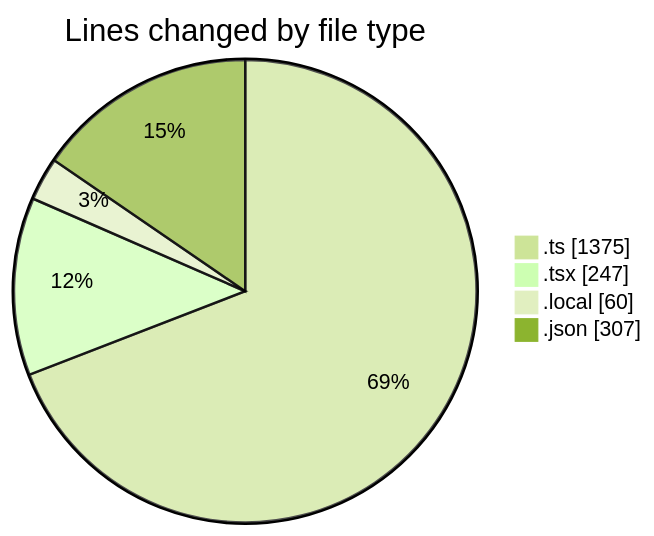
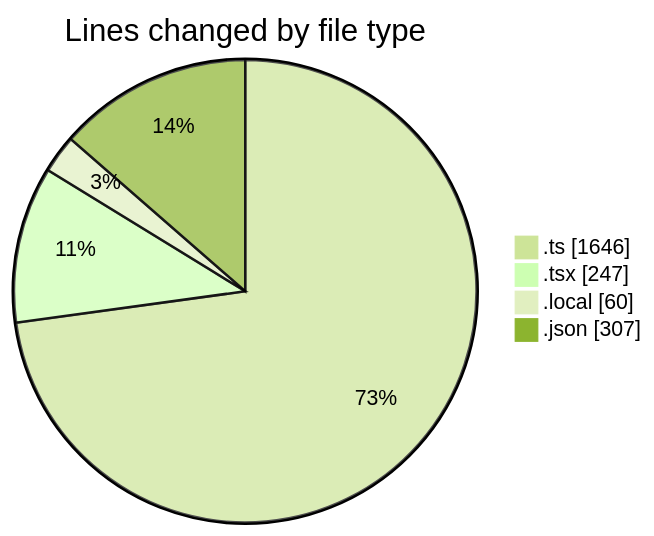
One commit to julien-gomy/code-tracking changed the first of 2 diagrams in 2025-11-26/eventscop-frontend-guide__workspace_/README.md. Above: the diagram before and after it, drawn with Mermaid (forest theme). The commit also changed other lines of this file and 1 other file, not shown here.

````diff
--- a/2025-11-26/eventscop-frontend-guide__workspace_/README.md
+++ b/2025-11-26/eventscop-frontend-guide__workspace_/README.md
@@ -27,8 +28,8 @@
 ```mermaid
 pie showData
 title Lines changed by file type
-".ts" : 1375
+".ts" : 1646
 ".tsx" : 247
 ".local" : 60
 ".json" : 307
 ```
````
